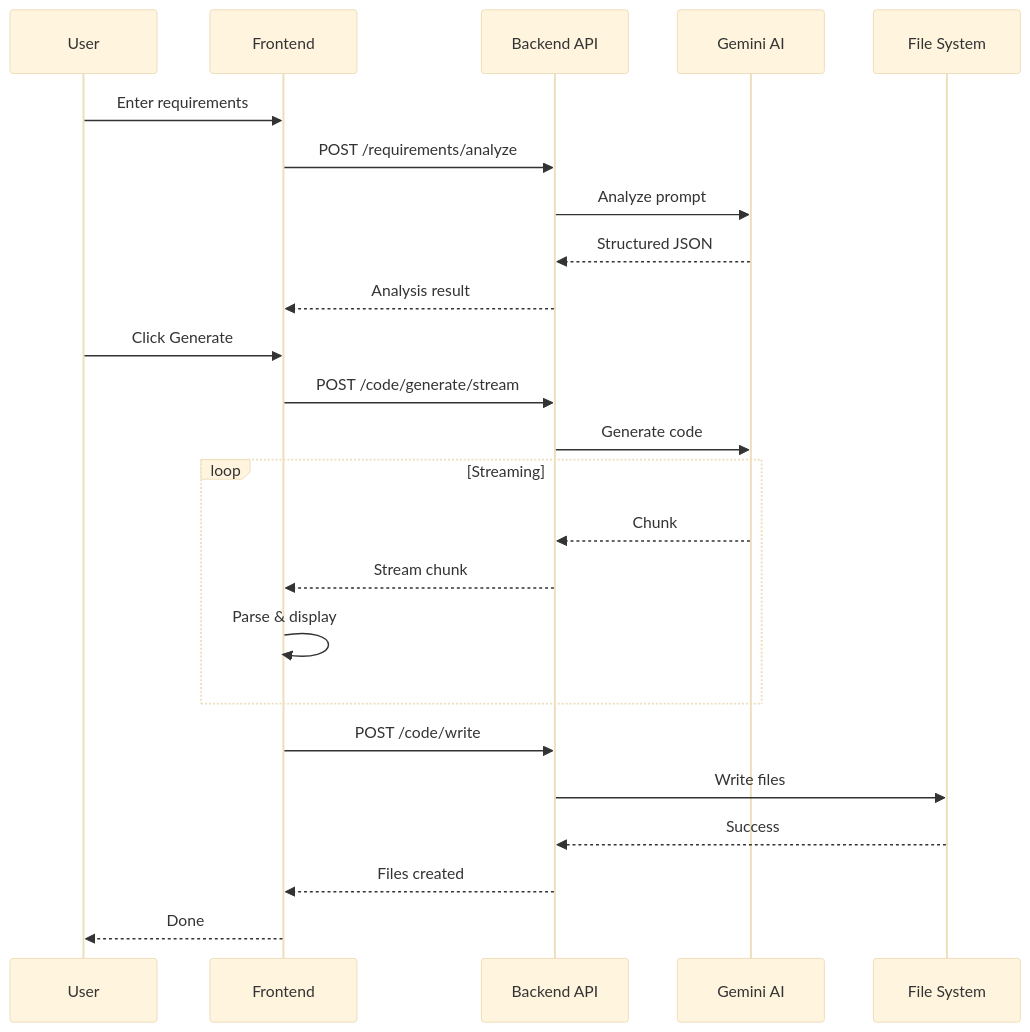
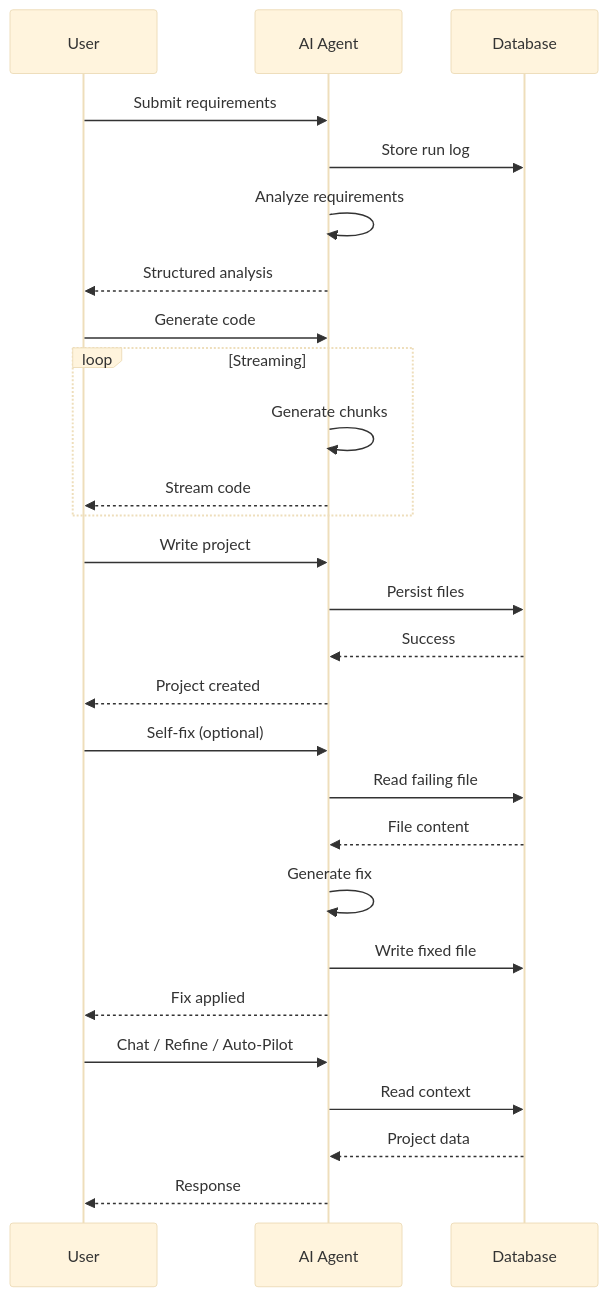
Before and after one commit to sathvik-123547/SASDS-AI-Automation: the second of 5 diagrams in docs/SASDS_COMPREHENSIVE_ARCHITECTURE.md, drawn with Mermaid (base theme). The commit also changed other lines of this file, not shown here.

First line of the commit message:
docs: simplify sequence and class diagrams

````diff
--- a/docs/SASDS_COMPREHENSIVE_ARCHITECTURE.md
+++ b/docs/SASDS_COMPREHENSIVE_ARCHITECTURE.md
@@ -135,29 +133,34 @@
 ```mermaid
 sequenceDiagram
     participant U as User
-    participant F as Frontend
-    participant B as Backend API
-    participant G as Gemini AI
-    participant FS as File System
+    participant AI as AI Agent
+    participant DB as Database
 
-    U->>F: Enter requirements
-    F->>B: POST /requirements/analyze
-    B->>G: Analyze prompt
-    G-->>B: Structured JSON
-    B-->>F: Analysis result
+    U->>AI: Submit requirements
+    AI->>DB: Store run log
+    AI->>AI: Analyze requirements
+    AI-->>U: Structured analysis
 
-    U->>F: Click Generate
-    F->>B: POST /code/generate/stream
-    B->>G: Generate code
+    U->>AI: Generate code
     loop Streaming
-        G-->>B: Chunk
-        B-->>F: Stream chunk
-        F->>F: Parse & display
+        AI->>AI: Generate chunks
+        AI-->>U: Stream code
     end
 
-    F->>B: POST /code/write
-    B->>FS: Write files
-    FS-->>B: Success
-    B-->>F: Files created
-    F-->>U: Done
+    U->>AI: Write project
+    AI->>DB: Persist files
+    DB-->>AI: Success
+    AI-->>U: Project created
+
+    U->>AI: Self-fix (optional)
+    AI->>DB: Read failing file
+    DB-->>AI: File content
+    AI->>AI: Generate fix
+    AI->>DB: Write fixed file
+    AI-->>U: Fix applied
+
+    U->>AI: Chat / Refine / Auto-Pilot
+    AI->>DB: Read context
+    DB-->>AI: Project data
+    AI-->>U: Response
 ```
````
